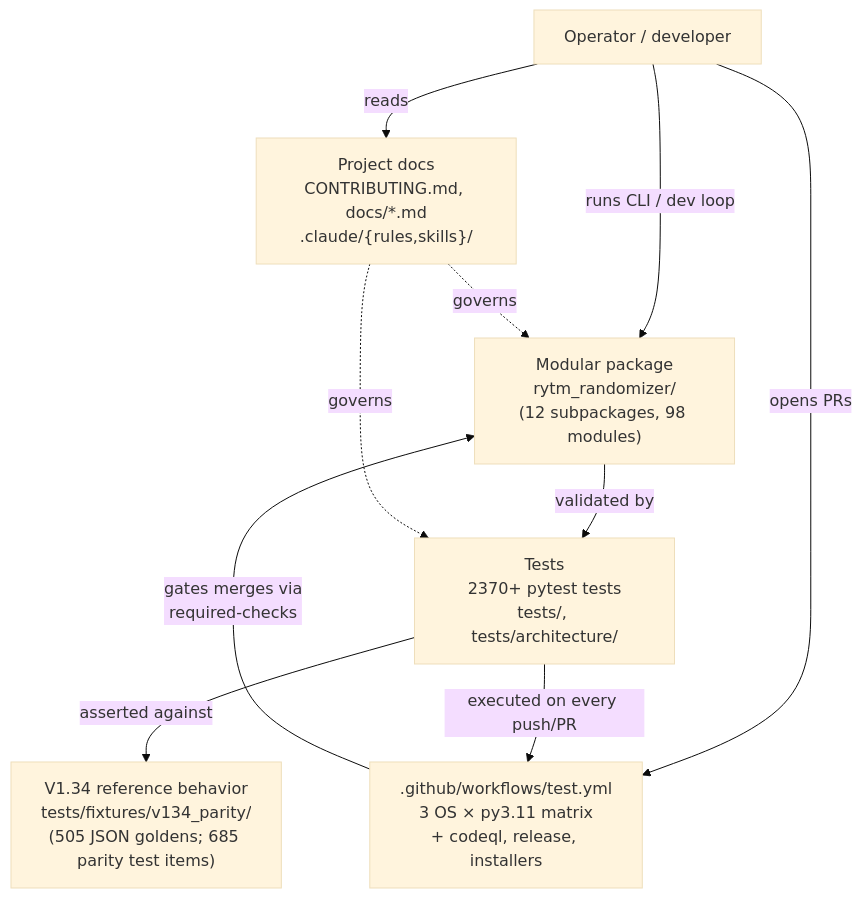
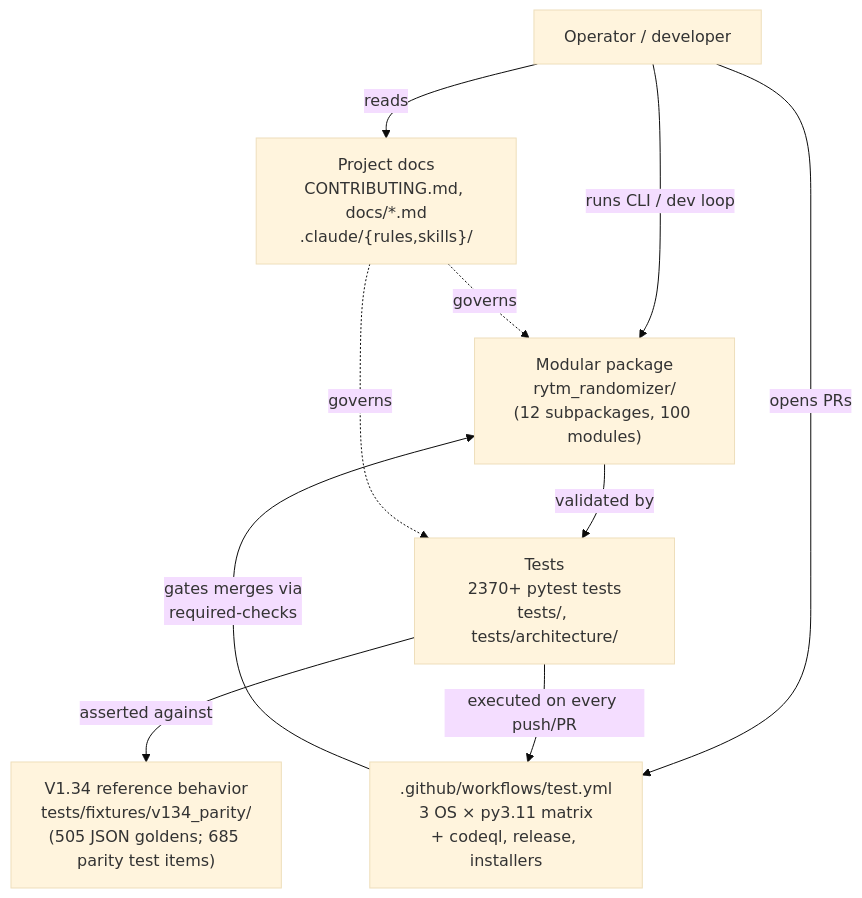
Before and after one commit to buzzijose-hub/RytmRandomizer: the first of 26 diagrams in docs/ARCHITECTURE_DIAGRAMS.md, drawn with Mermaid (base theme). The commit also changed other lines of this file and 11 other files, not shown here.

````diff
--- a/docs/ARCHITECTURE_DIAGRAMS.md
+++ b/docs/ARCHITECTURE_DIAGRAMS.md
@@ -47,22 +47,22 @@
 ```mermaid
 flowchart TB
     User["Operator / developer"]
     V134["V1.34 reference behavior<br/>tests/fixtures/v134_parity/<br/>(505 JSON goldens; 685 parity test items)"]
-    Package["Modular package<br/>rytm_randomizer/<br/>(12 subpackages, 98 modules)"]
+    Package["Modular package<br/>rytm_randomizer/<br/>(12 subpackages, 100 modules)"]
     Tests["Tests<br/>2370+ pytest tests<br/>tests/, tests/architecture/"]
     CI[".github/workflows/test.yml<br/>3 OS × py3.11 matrix<br/>+ codeql, release, installers"]
     Docs["Project docs<br/>CONTRIBUTING.md, docs/*.md<br/>.claude/{rules,skills}/"]
 
     User -->|"runs CLI / dev loop"| Package
     User -->|"opens PRs"| CI
     User -->|"reads"| Docs
 
     Package -->|"validated by"| Tests
     Tests -->|"asserted against"| V134
     Tests -->|"executed on every push/PR"| CI
 
     CI -->|"gates merges via<br/>required-checks"| Package
 
     Docs -.->|"governs"| Package
     Docs -.->|"governs"| Tests
 ```
````
